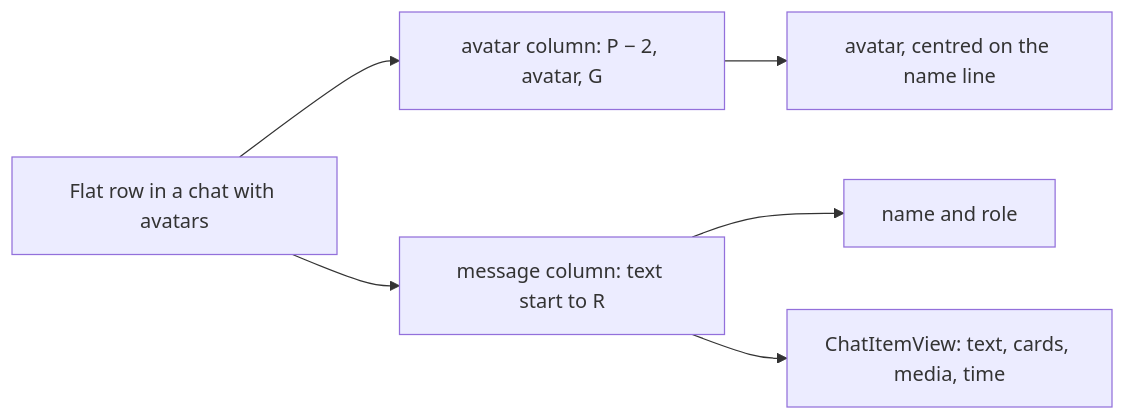
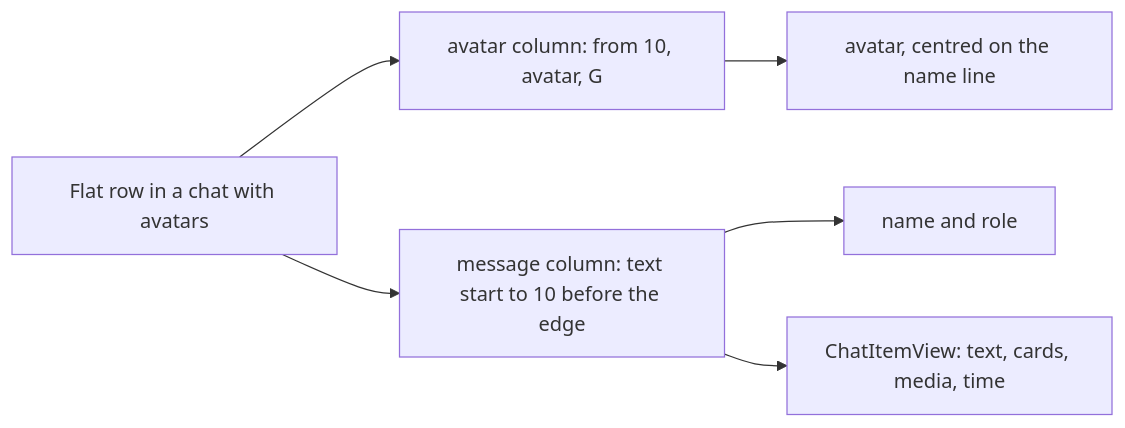
Before and after one commit to simplex-chat/simplex-chat: the eighth of 8 diagrams in plans/2026-11-12-mcp-flat-sessions.md, drawn with Mermaid. The commit also changed other lines of this file, not shown here.

Commit message:
plans: flat sessions, the avatar column with only the gap open

````diff
--- a/plans/2026-11-12-mcp-flat-sessions.md
+++ b/plans/2026-11-12-mcp-flat-sessions.md
@@ -842,8 +844,8 @@
 ```mermaid
 flowchart LR
-  Row[Flat row in a chat with avatars] --> Col[avatar column: P − 2, avatar, G]
-  Row --> Msg[message column: text start to R]
+  Row[Flat row in a chat with avatars] --> Col[avatar column: from 10, avatar, G]
+  Row --> Msg[message column: text start to 10 before the edge]
   Col --> Av[avatar, centred on the name line]
   Msg --> Name[name and role]
   Msg --> Item[ChatItemView: text, cards, media, time]
 ```
````
